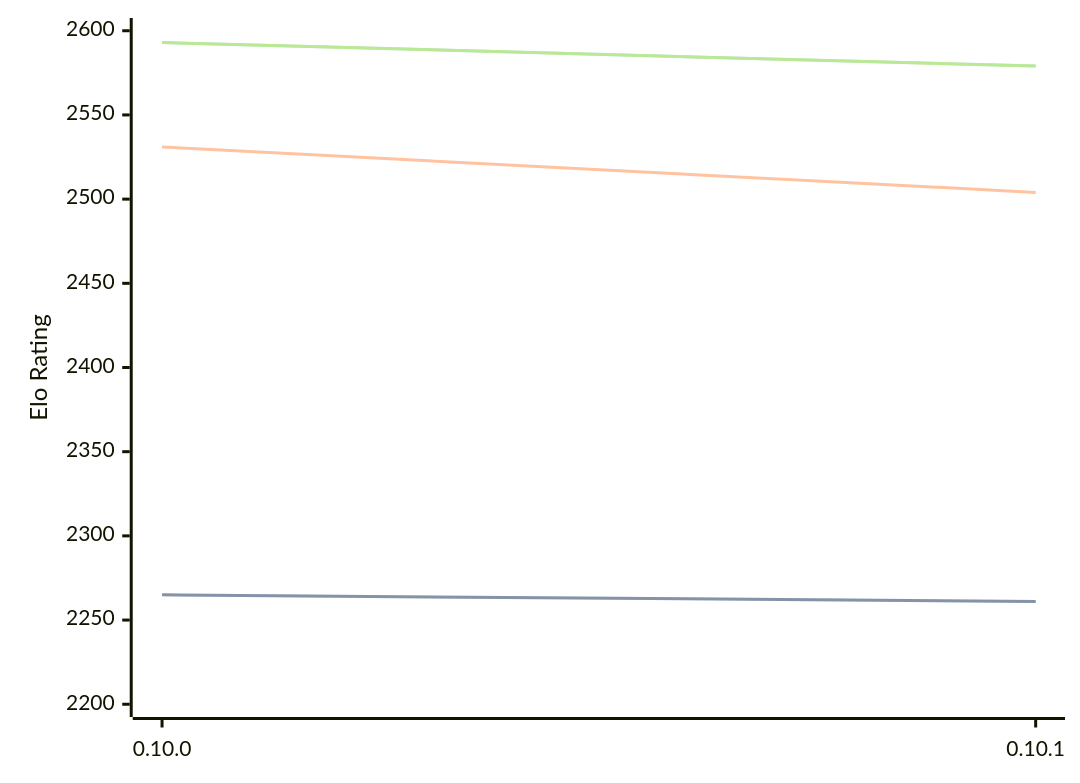
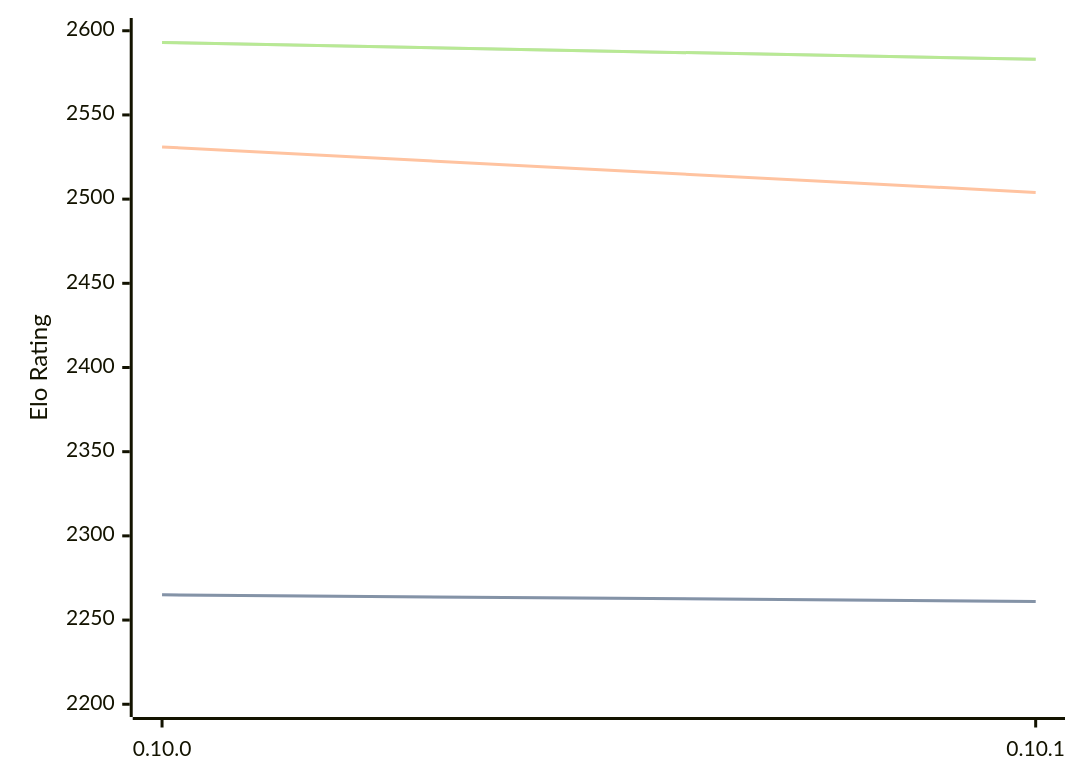
Before and after one commit to computer-chess-index/cci: the third of 3 diagrams in engines/Fatalii.md, drawn with Mermaid. The commit also changed other lines of this file, not shown here.

Commit message:
Update CCI Ratings (ELO VLTC) - 2026-06-18

````diff
--- a/engines/Fatalii.md
+++ b/engines/Fatalii.md
@@ -79,11 +79,11 @@
 ```mermaid
 %%{init: {"theme":"base","themeVariables":{"seriesColors:['#a3a3a3','#222221','#faa371']}}}%%
 xychart-beta
   x-axis ["0.10.0", "0.10.1"]
   y-axis "Elo Rating" 2200 --> 2600
   line "STC (8.0+0.08s)" [2265, 2261]
   line "STC (8.0+0.08s)" [2265, 2261]
   line "LTC (60.0+0.60s)" [2531, 2504]
-  line "VLTC (2m24s+1.12s)" [2593, 2579]
-  line "VLTC (2m24s+1.12s)" [2593, 2579]
+  line "VLTC (2m24s+1.12s)" [2593, 2583]
+  line "VLTC (2m24s+1.12s)" [2593, 2583]
 ```
````
